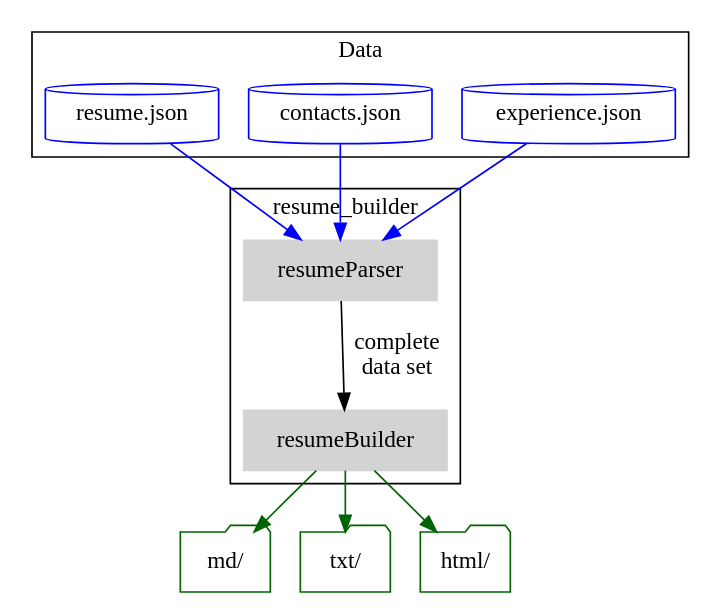
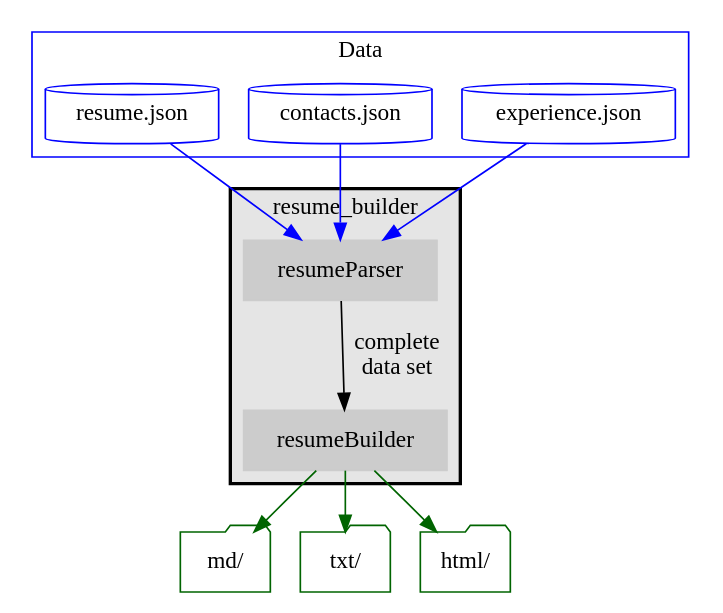
The diagram in static/design/flowchart.dot (rjsalvadorr/resume-builder), drawn with Graphviz before and after one commit.

Commit message:
deeeesigns

```diff
--- a/static/design/flowchart.dot
+++ b/static/design/flowchart.dot
@@ -1,31 +1,34 @@
 digraph {
     node [shape = box;];
     
     subgraph cluster_0 {
-        node [style = filled; color = lightgrey;];
-        resumeParser -> resumeBuilder [label = "complete\ndata set";];
         label = "resume_builder";
         color = black;
+        bgcolor = grey90;
+        penwidth = 2;
+        node [style = filled; color = grey80;];
+        
+        resumeParser -> resumeBuilder [label = "complete\ndata set";];
     }
     
     subgraph cluster_1 {
         label = "Data";
-        color = black;
+        color = blue;
         node [color = blue;];
         resumeData -> resumeParser [color = blue;];
         contactsData -> resumeParser [color = blue;];
         experienceData -> resumeParser [color = blue;];
     }
     
     resumeBuilder -> outputMarkdown [color = darkgreen;];
     resumeBuilder -> outputTxt [color = darkgreen;];
     resumeBuilder -> outputHtml [color = darkgreen;];
     
     resumeData [label = "resume.json";shape = cylinder;fillcolor = grey;];
     contactsData [label = "contacts.json";shape = cylinder;fillcolor = grey;];
     experienceData [label = "experience.json";shape = cylinder;fillcolor = grey;];
     
     outputMarkdown [label = "md/";shape = folder;color = darkgreen;];
     outputTxt [label = "txt/";shape = folder;color = darkgreen;];
     outputHtml [label = "html/";shape = folder;color = darkgreen;];
 }
```
